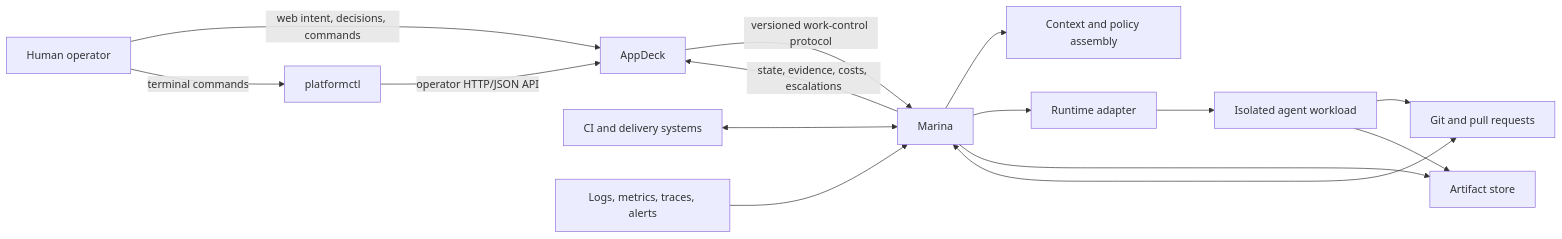
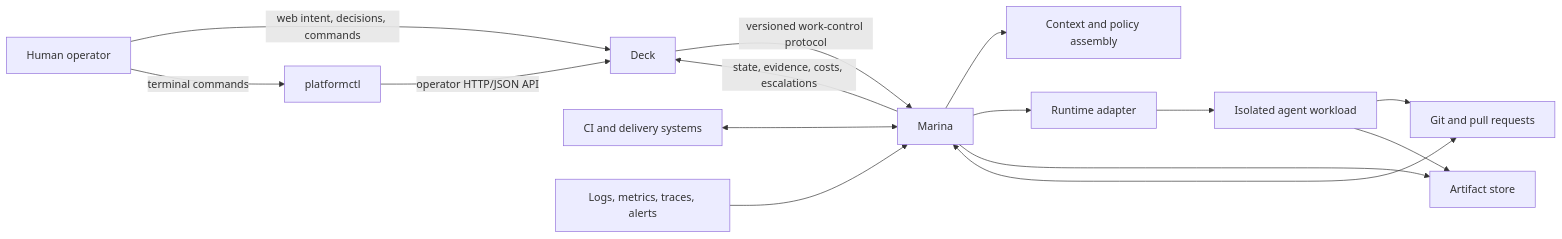
One commit to jmlero/the-platform changed the first of 3 diagrams in ARCHITECTURE.md. Above: the diagram before and after it, drawn with Mermaid. The commit also changed other lines of this file and 161 other files, not shown here.

````diff
--- a/ARCHITECTURE.md
+++ b/ARCHITECTURE.md
@@ -105,19 +105,19 @@
 ```mermaid
 flowchart LR
-    H[Human operator] -->|web intent, decisions, commands| A[AppDeck]
+    H[Human operator] -->|web intent, decisions, commands| A[Deck]
     H -->|terminal commands| P[platformctl]
     P -->|operator HTTP/JSON API| A
     A -->|versioned work-control protocol| M[Marina]
     M -->|state, evidence, costs, escalations| A
 
     G[Git and pull requests] <--> M
     C[CI and delivery systems] <--> M
     O[Logs, metrics, traces, alerts] --> M
 
     M --> X[Context and policy assembly]
     M --> R[Runtime adapter]
     R --> J[Isolated agent workload]
     J --> G
     J --> S[Artifact store]
     M --> S
 ```
````
